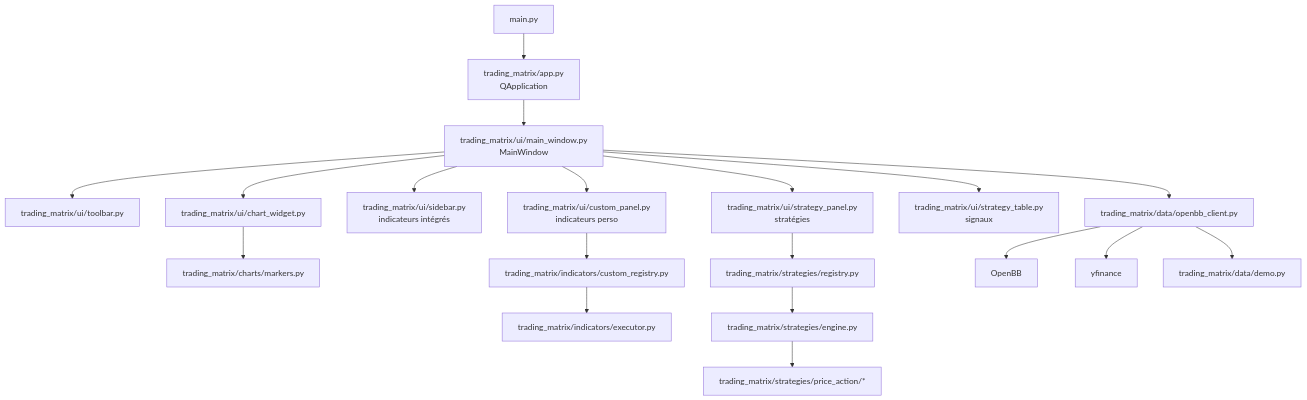
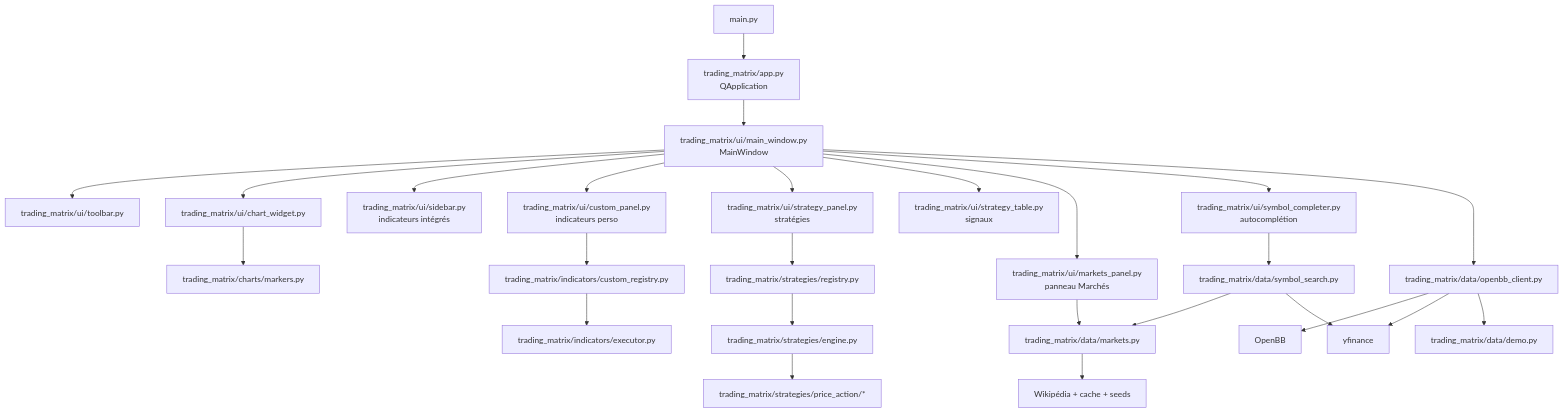
Before and after one commit to nazimboudeffa/trading-matrix: the diagram in doc/architecture.md, drawn with Mermaid. The commit also changed other lines of this file and 3 other files, not shown here.

First line of the commit message:
docs: documente l'autocomplétion et le panneau Marchés

````diff
--- a/doc/architecture.md
+++ b/doc/architecture.md
@@ -5,22 +5,29 @@
 ```mermaid
 graph TD
     A[main.py] --> B[trading_matrix/app.py<br/>QApplication]
     B --> C[trading_matrix/ui/main_window.py<br/>MainWindow]
     C --> D[trading_matrix/ui/toolbar.py]
     C --> E[trading_matrix/ui/chart_widget.py]
     C --> F[trading_matrix/ui/sidebar.py<br/>indicateurs intégrés]
     C --> G[trading_matrix/ui/custom_panel.py<br/>indicateurs perso]
     C --> H[trading_matrix/ui/strategy_panel.py<br/>stratégies]
     C --> I[trading_matrix/ui/strategy_table.py<br/>signaux]
+    C --> T[trading_matrix/ui/markets_panel.py<br/>panneau Marchés]
+    C --> U[trading_matrix/ui/symbol_completer.py<br/>autocomplétion]
 
     E --> J[trading_matrix/charts/markers.py]
     G --> K[trading_matrix/indicators/custom_registry.py]
     K --> L[trading_matrix/indicators/executor.py]
     H --> M[trading_matrix/strategies/registry.py]
     M --> N[trading_matrix/strategies/engine.py]
     N --> O[trading_matrix/strategies/price_action/*]
     C --> P[trading_matrix/data/openbb_client.py]
     P --> Q[OpenBB]
     P --> R[yfinance]
     P --> S[trading_matrix/data/demo.py]
+    T --> V[trading_matrix/data/markets.py]
+    U --> W[trading_matrix/data/symbol_search.py]
+    W --> V
+    V --> X[Wikipédia + cache + seeds]
+    W --> R
 ```
````
